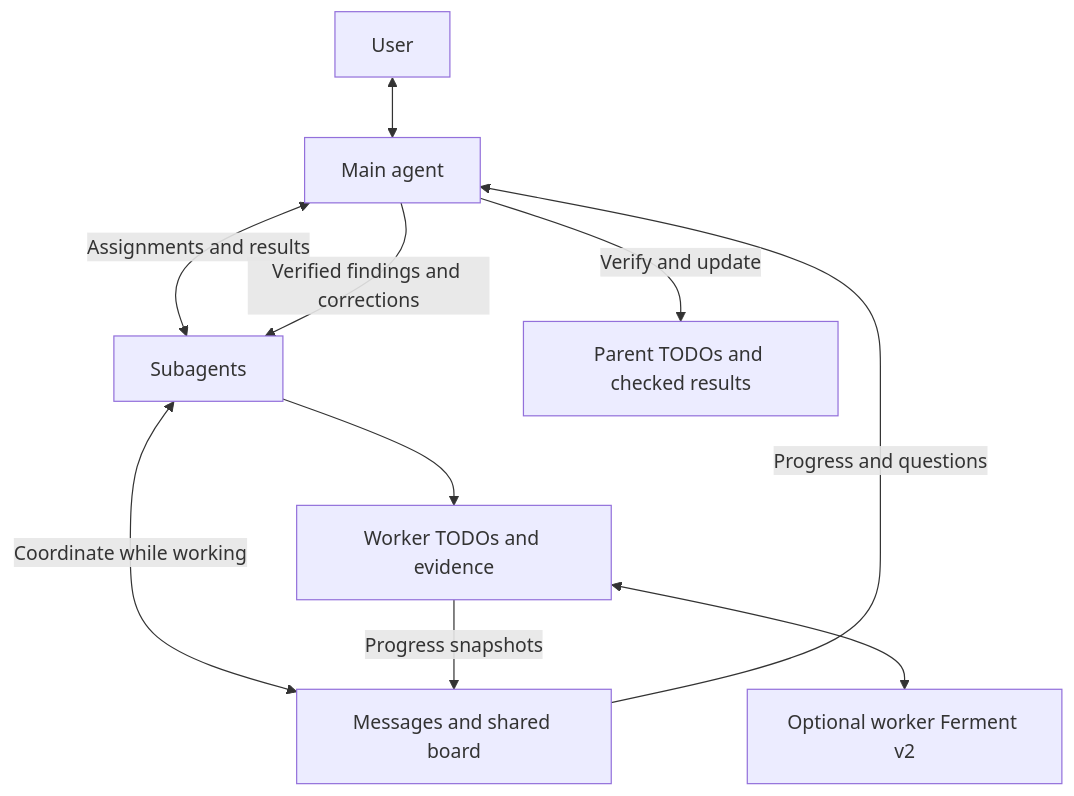
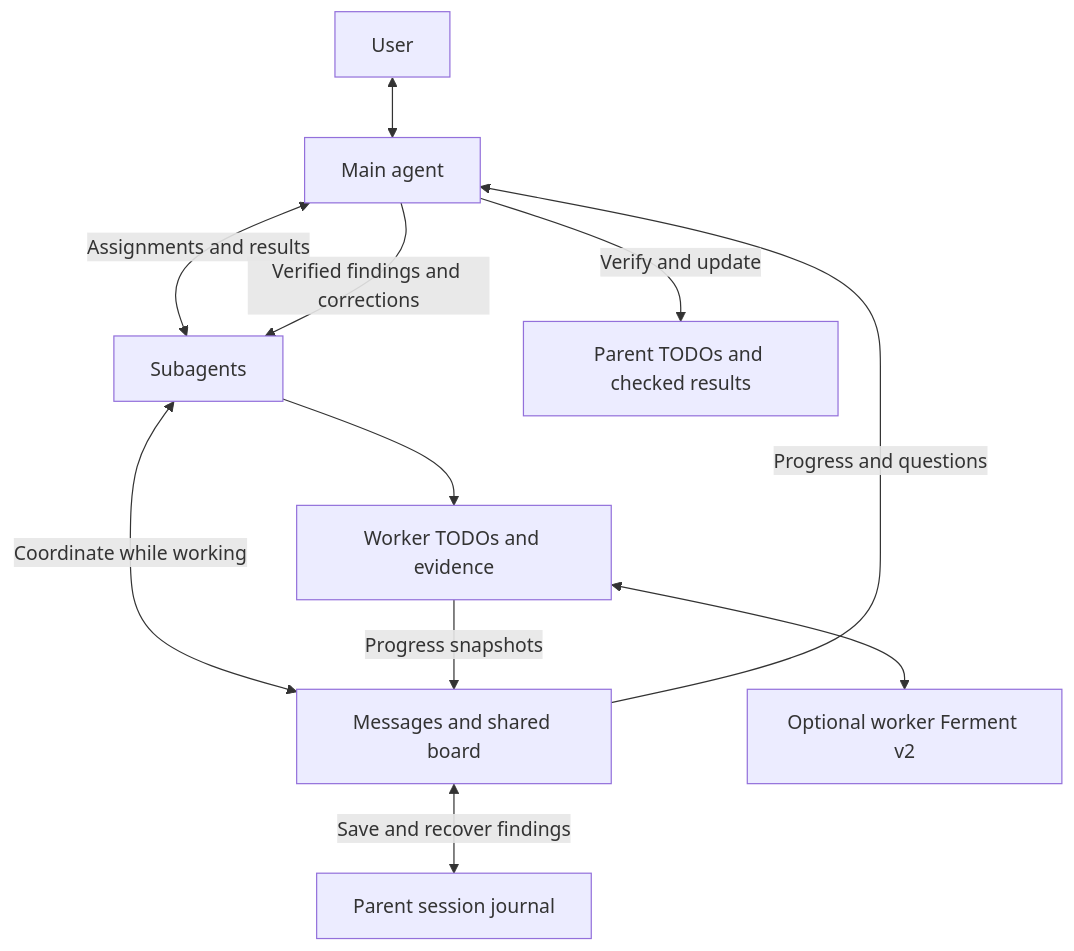
The first of 2 diagrams in docs/subagentComms/README.md (getkimchi/kimchi), drawn with Mermaid before and after one commit. The commit also changed other lines of this file and 82 other files, not shown here.

````diff
--- a/docs/subagentComms/README.md
+++ b/docs/subagentComms/README.md
@@ -25,12 +25,13 @@
 ```mermaid
 flowchart TD
     U[User] <--> P[Main agent]
     P <-->|Assignments and results| S[Subagents]
     S <-->|Coordinate while working| C[Messages and shared board]
     S --> W[Worker TODOs and evidence]
     W -->|Progress snapshots| C
     W <--> F[Optional worker Ferment v2]
+    C <-->|Save and recover findings| J[Parent session journal]
     C -->|Progress and questions| P
     P -->|Verified findings and corrections| S
     P -->|Verify and update| T[Parent TODOs and checked results]
 ```
````
